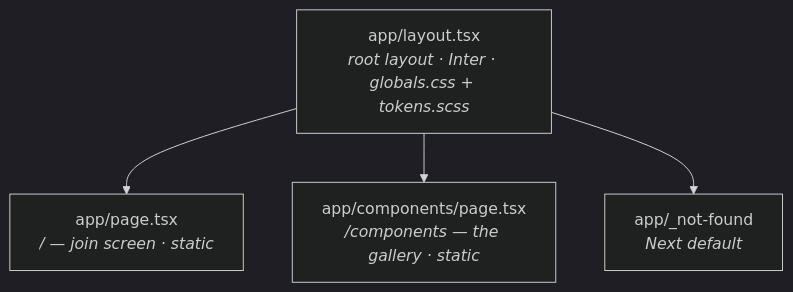
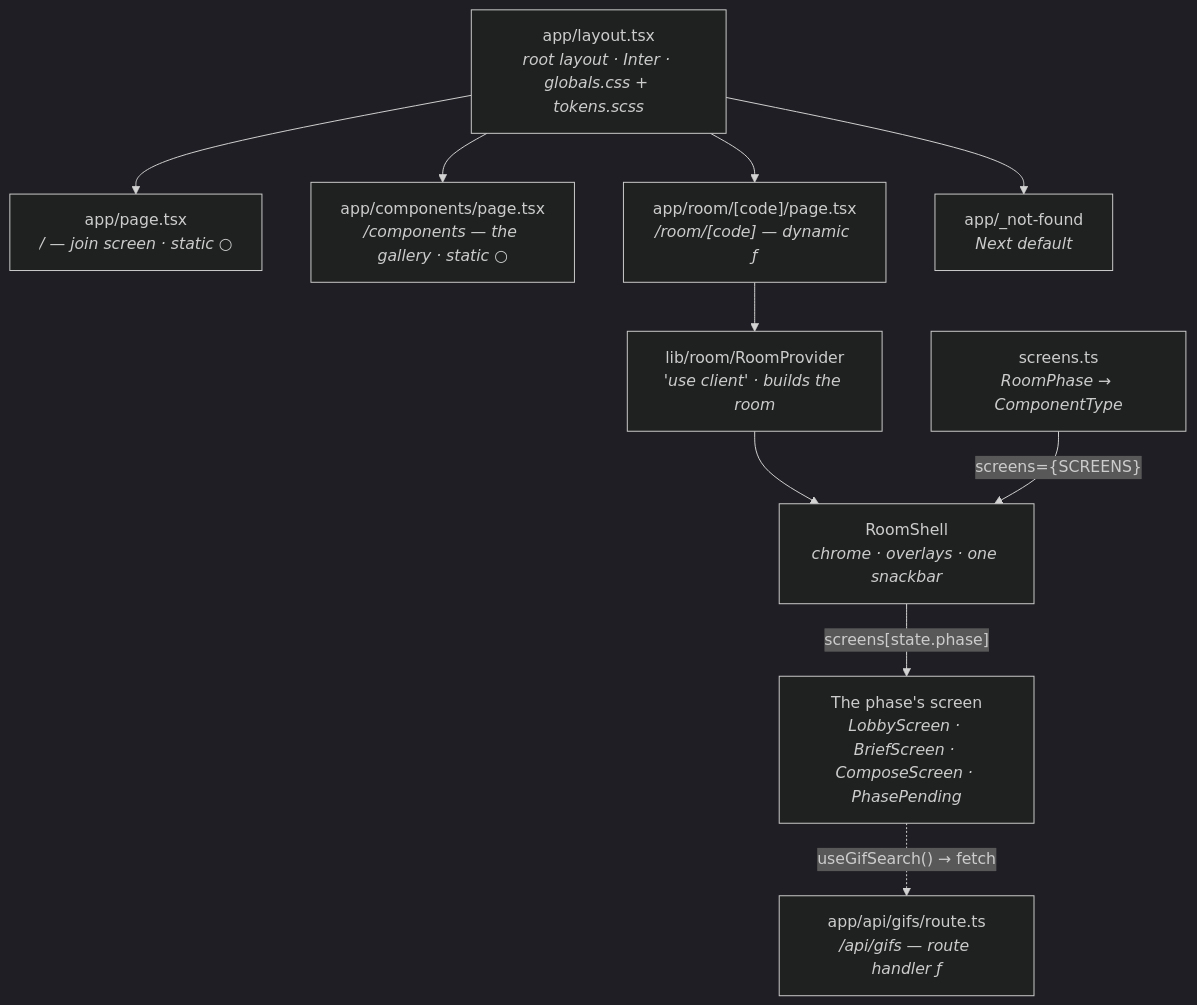
Before and after one commit to Jmeza081/captionist: the first of 7 diagrams in docs/architecture.md, drawn with Mermaid (dark theme). The commit also changed other lines of this file and 82 other files, not shown here.

First line of the commit message:
Build the room chrome and its first three screens

````diff
--- a/docs/architecture.md
+++ b/docs/architecture.md
@@ -40,10 +64,22 @@
 ```mermaid
 graph TD
   L["app/layout.tsx<br/><i>root layout · Inter · globals.css + tokens.scss</i>"]
-  P["app/page.tsx<br/><i>/ — join screen · static</i>"]
-  C["app/components/page.tsx<br/><i>/components — the gallery · static</i>"]
+  P["app/page.tsx<br/><i>/ — join screen · static ○</i>"]
+  C["app/components/page.tsx<br/><i>/components — the gallery · static ○</i>"]
+  R["app/room/[code]/page.tsx<br/><i>/room/[code] — dynamic ƒ</i>"]
+  A["app/api/gifs/route.ts<br/><i>/api/gifs — route handler ƒ</i>"]
   NF["app/_not-found<br/><i>Next default</i>"]
+  RP["lib/room/RoomProvider<br/><i>'use client' · builds the room</i>"]
+  SH["RoomShell<br/><i>chrome · overlays · one snackbar</i>"]
+  SC["screens.ts<br/><i>RoomPhase → ComponentType</i>"]
+  SCR["The phase's screen<br/><i>LobbyScreen · BriefScreen · ComposeScreen · PhasePending</i>"]
+
   L --> P
   L --> C
+  L --> R
   L --> NF
+  R --> RP --> SH
+  SC -->|"screens={SCREENS}"| SH
+  SH -->|"screens[state.phase]"| SCR
+  SCR -.->|"useGifSearch() → fetch"| A
 ```
````
